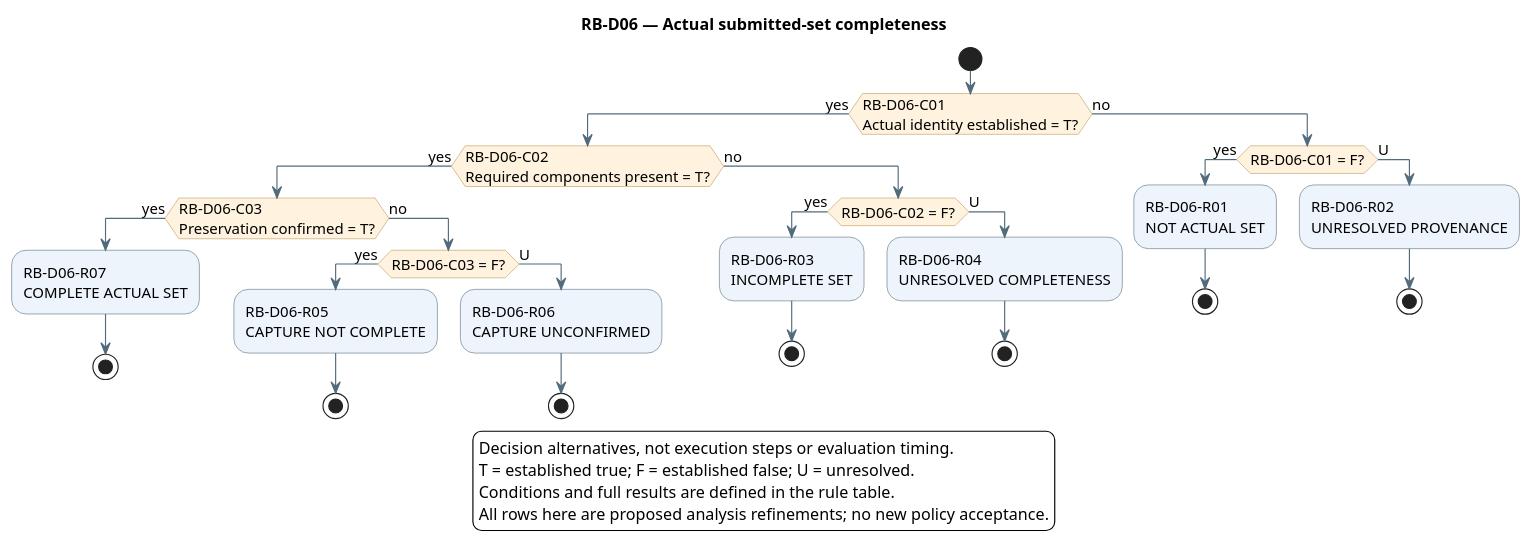
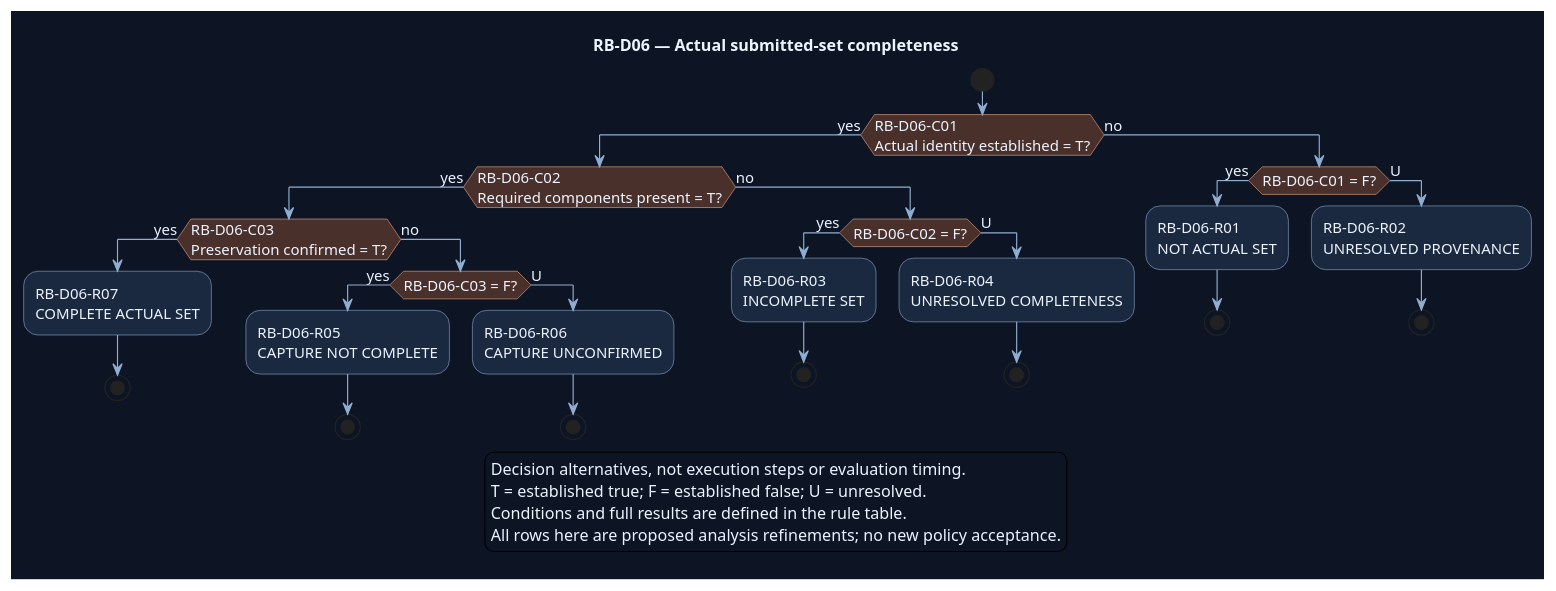
One commit to Farhad-V/Web-Resumefolio changed the diagram in Docs/SDLC/03-System-Analysis/Diagrams/Rule-Rb-D06-Decision.puml. Above: the diagram before and after it, drawn with PlantUML. The commit also changed 1772 other files, not shown here.

```diff
--- a/Docs/SDLC/03-System-Analysis/Diagrams/Rule-Rb-D06-Decision.puml
+++ b/Docs/SDLC/03-System-Analysis/Diagrams/Rule-Rb-D06-Decision.puml
@@ -1,53 +1,54 @@
 @startuml
 ' OWNER-MVP-2026-11-04 review: MVP core / cross-cutting. Core presentation/application/files or shared authority/recovery invariant remains applicable.
-skinparam backgroundColor white
+skinparam backgroundColor #0D1525
+skinparam defaultFontColor #EDF4FF
 skinparam defaultFontName Segoe UI
 skinparam defaultFontSize 13
 skinparam shadowing false
-skinparam ArrowColor #526B7B
-skinparam activityBackgroundColor #EDF4FB
-skinparam activityBorderColor #526B7B
-skinparam activityDiamondBackgroundColor #FFF3DF
-skinparam activityDiamondBorderColor #B99557
+skinparam ArrowColor #91AED1
+skinparam activityBackgroundColor #1A2940
+skinparam activityBorderColor #91AED1
+skinparam activityDiamondBackgroundColor #4A302B
+skinparam activityDiamondBorderColor #F1AD8A
 
 title RB-D06 — Actual submitted-set completeness
 start
 if (RB-D06-C01\nActual identity established = T?) then (yes)
 if (RB-D06-C02\nRequired components present = T?) then (yes)
 if (RB-D06-C03\nPreservation confirmed = T?) then (yes)
 :RB-D06-R07\nCOMPLETE ACTUAL SET;
 stop
 else (no)
 if (RB-D06-C03 = F?) then (yes)
 :RB-D06-R05\nCAPTURE NOT COMPLETE;
 stop
 else (U)
 :RB-D06-R06\nCAPTURE UNCONFIRMED;
 stop
 endif
 endif
 else (no)
 if (RB-D06-C02 = F?) then (yes)
 :RB-D06-R03\nINCOMPLETE SET;
 stop
 else (U)
 :RB-D06-R04\nUNRESOLVED COMPLETENESS;
 stop
 endif
 endif
 else (no)
 if (RB-D06-C01 = F?) then (yes)
 :RB-D06-R01\nNOT ACTUAL SET;
 stop
 else (U)
 :RB-D06-R02\nUNRESOLVED PROVENANCE;
 stop
 endif
 endif
 legend bottom
 Decision alternatives, not execution steps or evaluation timing.
 T = established true; F = established false; U = unresolved.
 Conditions and full results are defined in the rule table.
 All rows here are proposed analysis refinements; no new policy acceptance.
 endlegend
 @enduml
```
